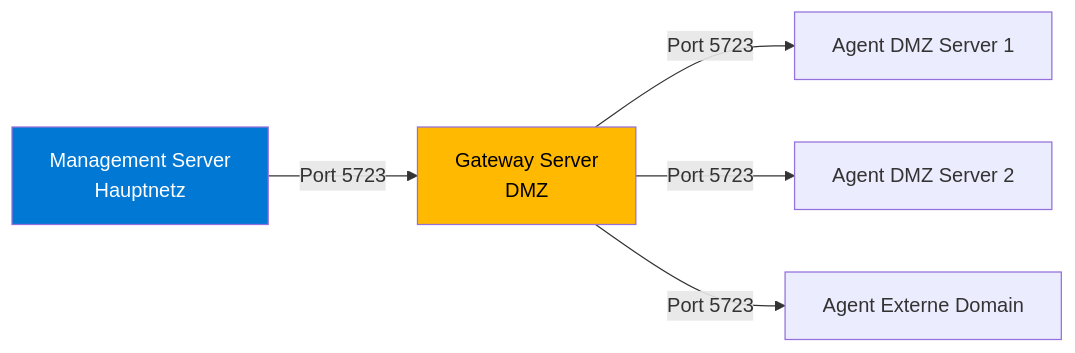
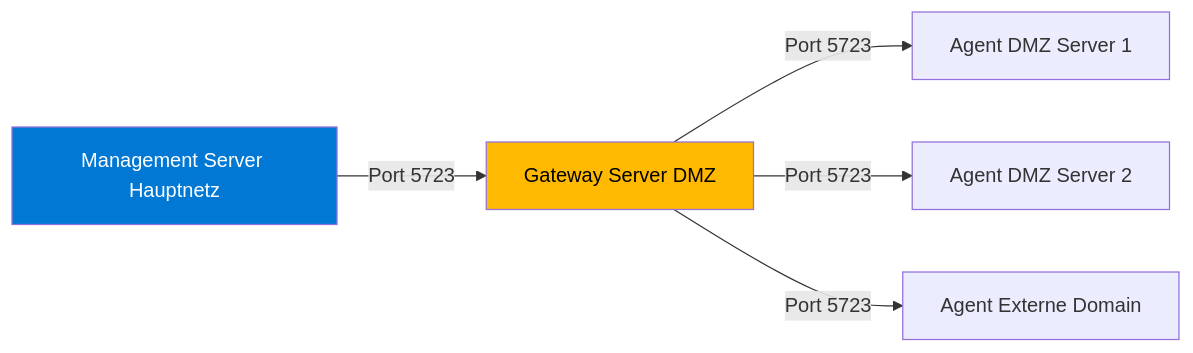
One commit to SoniiiT/notes-n-docs changed the second of 2 diagrams in Microsoft 365/System Center/SCOM Grundlagen.md. Above: the diagram before and after it, drawn with Mermaid. The commit also changed other lines of this file and 124 other files, not shown here.

First line of the commit message:
fix: Entferne \n aus allen Mermaid-Diagrammen (125 Dateien)

````diff
--- a/Microsoft 365/System Center/SCOM Grundlagen.md
+++ b/Microsoft 365/System Center/SCOM Grundlagen.md
@@ -211,10 +211,10 @@
 ```mermaid
 graph LR
-    MS[Management Server\nHauptnetz] -->|Port 5723| GW[Gateway Server\nDMZ]
+    MS[Management Server Hauptnetz] -->|Port 5723| GW[Gateway Server DMZ]
     GW -->|Port 5723| A1[Agent DMZ Server 1]
     GW -->|Port 5723| A2[Agent DMZ Server 2]
     GW -->|Port 5723| A3[Agent Externe Domain]
 
     style MS fill:#0078D4,color:#fff
     style GW fill:#FFB900,color:#000
 ```
````
